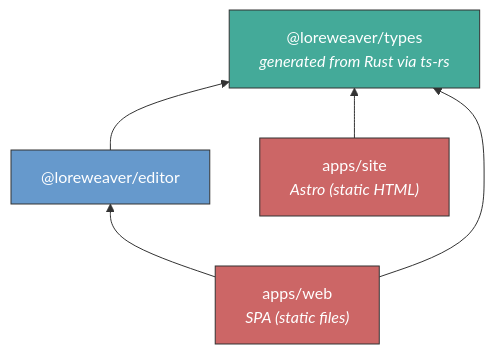
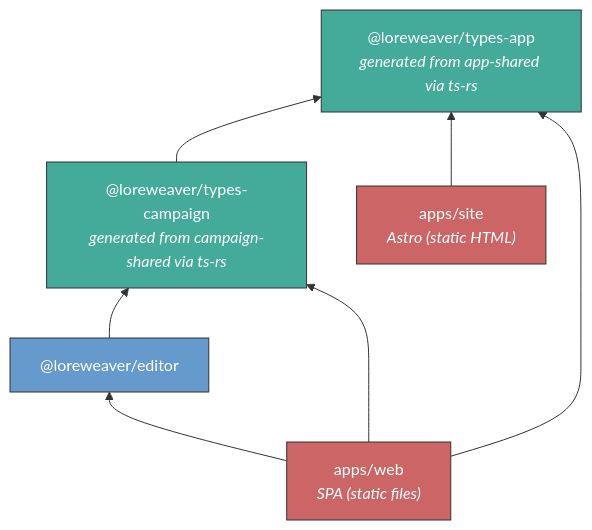
One commit to familiar-systems/familiar changed the diagram in docs/plans/2026-03-26-project-structure-design.md. Above: the diagram before and after it, drawn with Mermaid. The commit also changed other lines of this file and 47 other files, not shown here.

Commit message:
Basic rust types for sharing with typesript; ts-rs setup; add CI gate to prove it all works

````diff
--- a/docs/plans/2026-03-26-project-structure-design.md
+++ b/docs/plans/2026-03-26-project-structure-design.md
@@ -115,16 +119,20 @@
 ```mermaid
 graph BT
-    types["@loreweaver/types<br/><i>generated from Rust via ts-rs</i>"]
+    types-app["@loreweaver/types-app<br/><i>generated from app-shared via ts-rs</i>"]
 
-    editor["@loreweaver/editor"] --> types
+    types-campaign["@loreweaver/types-campaign<br/><i>generated from campaign-shared via ts-rs</i>"] --> types-app
 
-    site["apps/site<br/><i>Astro (static HTML)</i>"] --> types
+    editor["@loreweaver/editor"] --> types-campaign
 
-    web["apps/web<br/><i>SPA (static files)</i>"] --> types
+    site["apps/site<br/><i>Astro (static HTML)</i>"] --> types-app
+
+    web["apps/web<br/><i>SPA (static files)</i>"] --> types-app
+    web --> types-campaign
     web --> editor
 
-    style types fill:#4a9,stroke:#333,color:#fff
+    style types-app fill:#4a9,stroke:#333,color:#fff
+    style types-campaign fill:#4a9,stroke:#333,color:#fff
     style editor fill:#69c,stroke:#333,color:#fff
     style site fill:#c66,stroke:#333,color:#fff
     style web fill:#c66,stroke:#333,color:#fff
 ```
````
